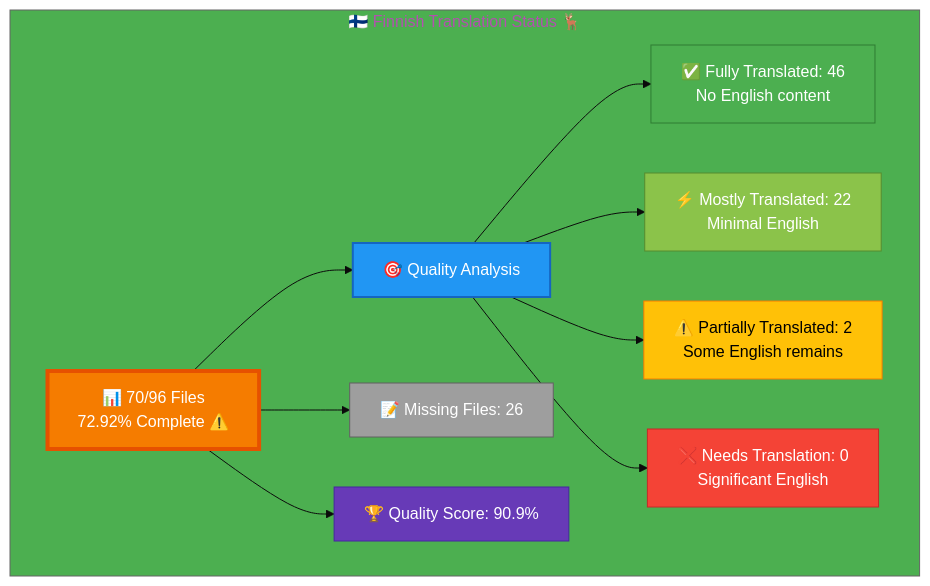
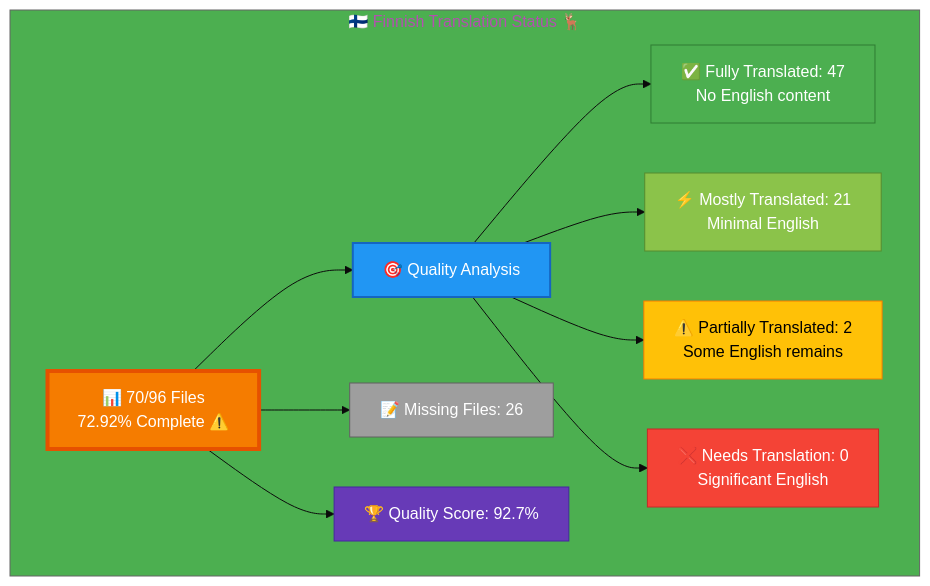
The diagram in Finnish-Translation-Status.md (Hack23/homepage), drawn with Mermaid before and after one commit. The commit also changed other lines of this file, not shown here.

Commit message:
docs(i18n): Update Finnish translation status - 92.7% quality achieved

````diff
--- a/Finnish-Translation-Status.md
+++ b/Finnish-Translation-Status.md
@@ -12,26 +12,26 @@
 ```mermaid
 %%{init: {'theme':'base', 'themeVariables': {'primaryColor':'#F57C00','secondaryColor':'#2196F3','tertiaryColor':'#4CAF50','fontSize':'16px'}}}%%
 graph TB
     subgraph "🇫🇮 Finnish Translation Status 🦌"
         A["📊 70/96 Files<br/>72.92% Complete ⚠️ "]
         
         A --> B["🎯 Quality Analysis"]
-        B --> C["✅ Fully Translated: 46<br/>No English content"]
-        B --> D["⚡ Mostly Translated: 22<br/>Minimal English"]
+        B --> C["✅ Fully Translated: 47<br/>No English content"]
+        B --> D["⚡ Mostly Translated: 21<br/>Minimal English"]
         B --> E["⚠️  Partially Translated: 2<br/>Some English remains"]
         B --> F["❌ Needs Translation: 0<br/>Significant English"]
         
         A --> G["📝 Missing Files: 26"]
         
-        A --> H["🏆 Quality Score: 90.9%"]
+        A --> H["🏆 Quality Score: 92.7%"]
         
         style A fill:#F57C00,stroke:#E65100,color:#fff,stroke-width:4px
         style B fill:#2196F3,stroke:#1565C0,color:#fff,stroke-width:2px
         style C fill:#4CAF50,stroke:#2E7D32,color:#fff
         style D fill:#8BC34A,stroke:#558B2F,color:#fff
         style E fill:#FFC107,stroke:#F57C00,color:#000
         style F fill:#F44336,stroke:#C62828,color:#fff
         style G fill:#9E9E9E,stroke:#616161,color:#fff
         style H fill:#673AB7,stroke:#4527A0,color:#fff
     end
 ```
````
